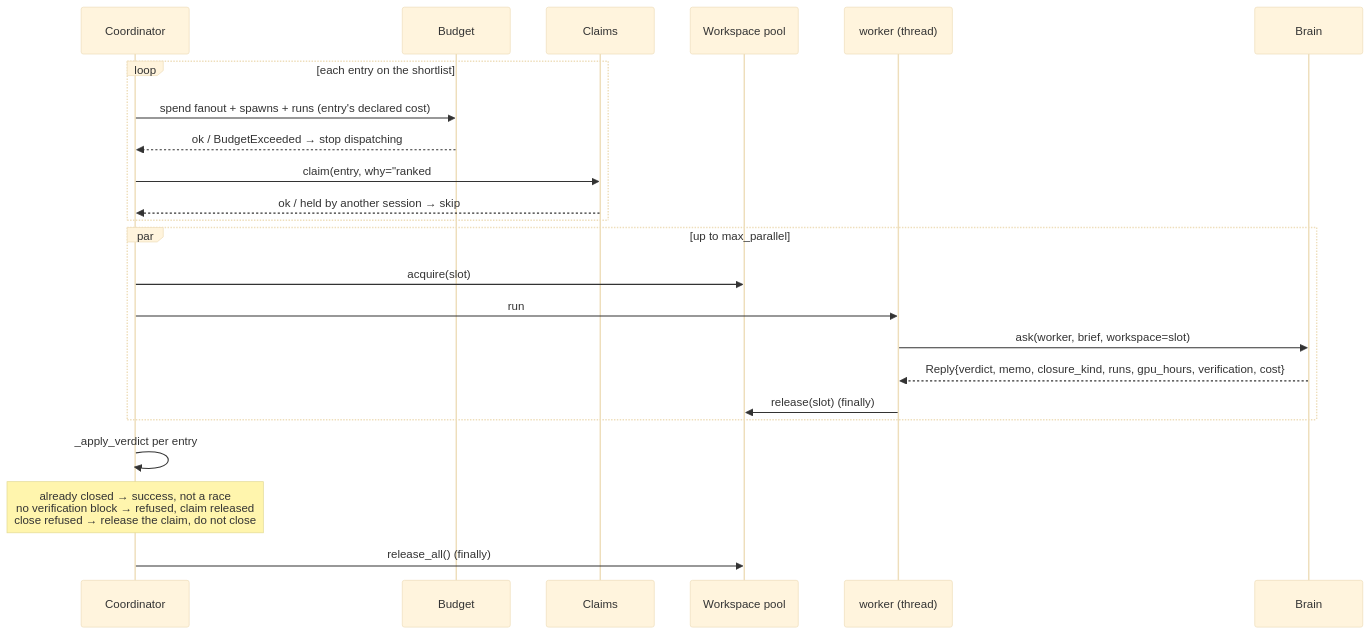
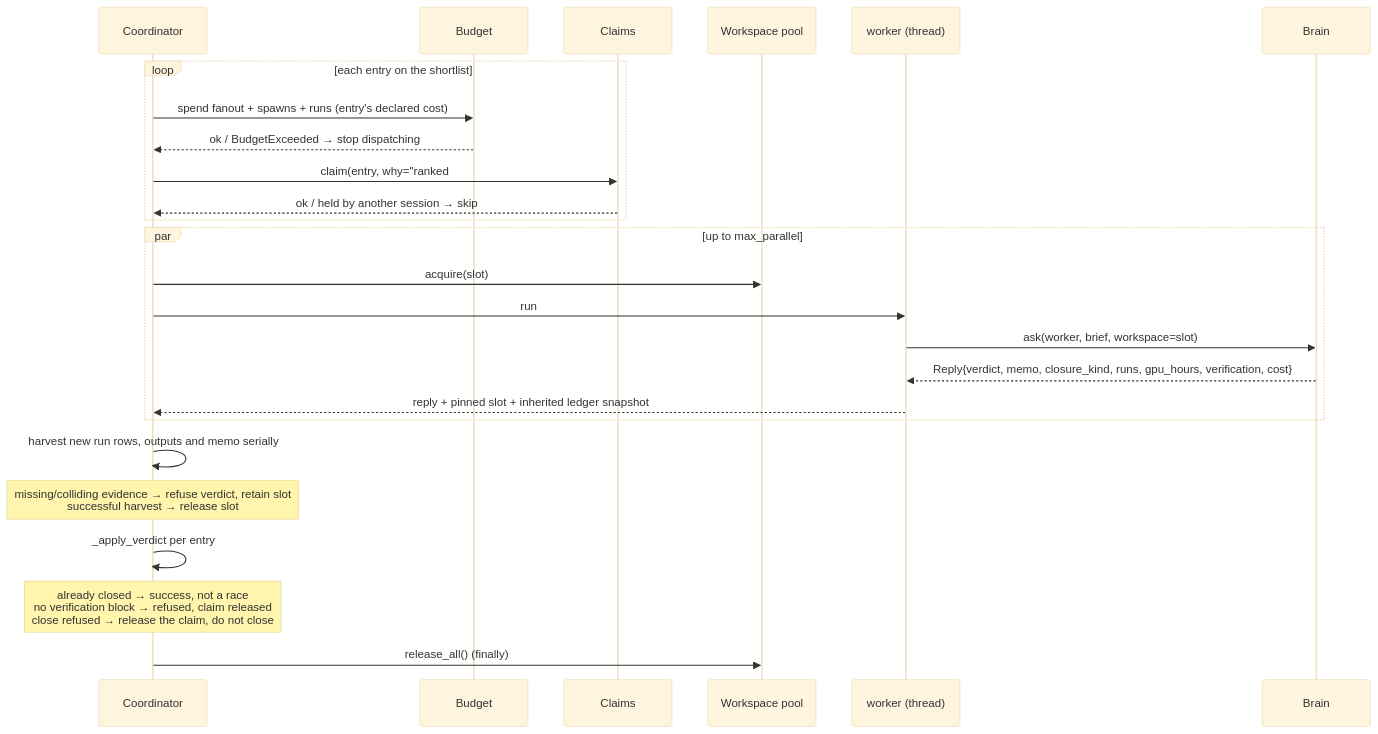
The fifth of 6 diagrams in docs/ARCHITECTURE.md (Ryun1/auto-research-toolkit), drawn with Mermaid (base theme) before and after one commit. The commit also changed other lines of this file, not shown here.

Commit message:
Docs: describe worker evidence retention and restart accounting

````diff
--- a/docs/ARCHITECTURE.md
+++ b/docs/ARCHITECTURE.md
@@ -213,28 +213,30 @@
 ```mermaid
 sequenceDiagram
     participant C as Coordinator
     participant B as Budget
     participant Cl as Claims
     participant P as Workspace pool
     participant W as worker (thread)
     participant Br as Brain
 
     loop each entry on the shortlist
         C->>B: spend fanout + spawns + runs (entry's declared cost)
         B-->>C: ok / BudgetExceeded → stop dispatching
         C->>Cl: claim(entry, why="ranked #k")
         Cl-->>C: ok / held by another session → skip
     end
 
     par up to max_parallel
         C->>P: acquire(slot)
         C->>W: run
         W->>Br: ask(worker, brief, workspace=slot)
         Br-->>W: Reply{verdict, memo, closure_kind, runs, gpu_hours, verification, cost}
-        W->>P: release(slot) (finally)
+        W-->>C: reply + pinned slot + inherited ledger snapshot
     end
 
+    C->>C: harvest new run rows, outputs and memo serially
+    Note over C: missing/colliding evidence → refuse verdict, retain slot<br/>successful harvest → release slot
     C->>C: _apply_verdict per entry
     Note over C: already closed → success, not a race<br/>no verification block → refused, claim released<br/>close refused → release the claim, do not close
     C->>P: release_all() (finally)
 ```
````
